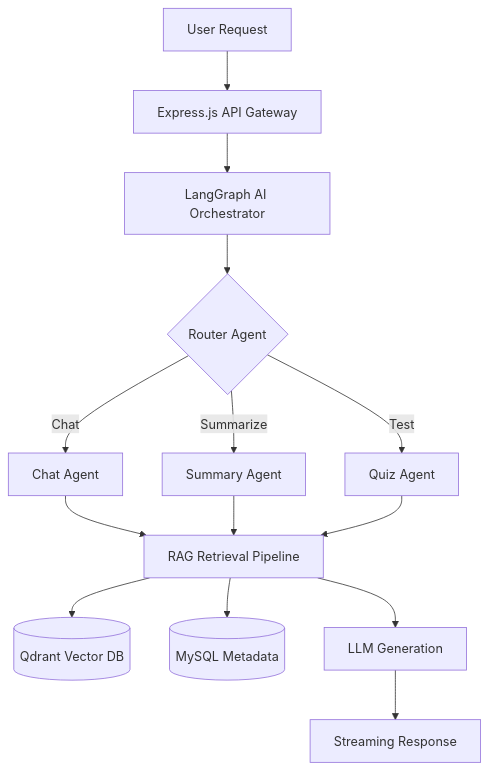
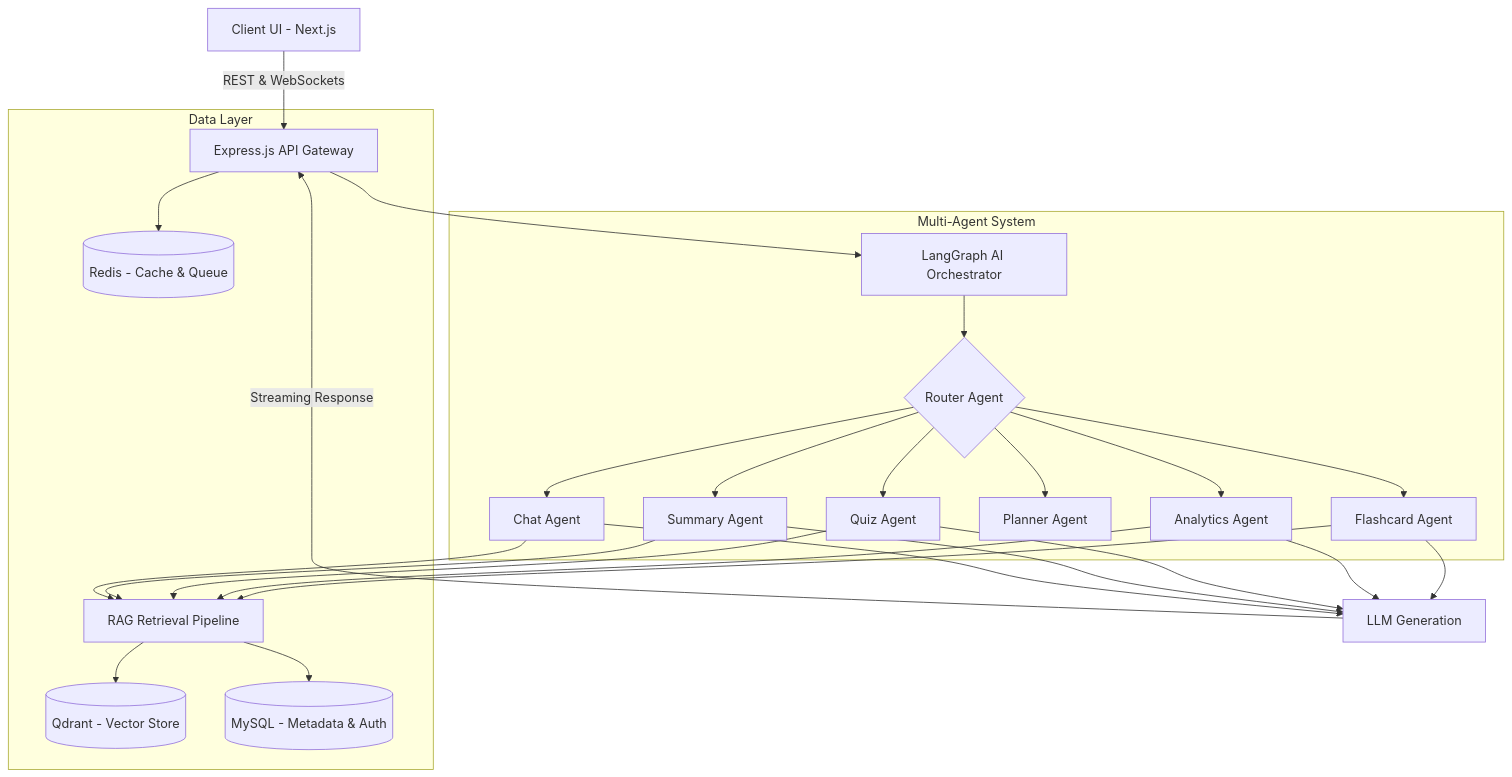
The first of 5 diagrams in README.md (prudhvi-1618/AI-Study-Assistant), drawn with Mermaid before and after one commit. The commit also changed other lines of this file and 7 other files, not shown here.

````diff
--- a/README.md
+++ b/README.md
@@ -68,16 +130,25 @@
 ```mermaid
 graph TD;
-    A[User Request] --> B[Express.js API Gateway]
+    A[Client UI - Next.js] -->|REST & WebSockets| B[Express.js API Gateway]
     B --> C[LangGraph AI Orchestrator]
+    
+    subgraph MultiAgent["Multi-Agent System"]
     C --> D{Router Agent}
-    D -->|Chat| E[Chat Agent]
-    D -->|Summarize| F[Summary Agent]
-    D -->|Test| G[Quiz Agent]
-    E --> H[RAG Retrieval Pipeline]
-    F --> H
-    G --> H
-    H --> I[(Qdrant Vector DB)]
-    H --> J[(MySQL Metadata)]
-    H --> K[LLM Generation]
-    K --> L[Streaming Response]
+    D --> E[Chat Agent]
+    D --> F[Summary Agent]
+    D --> G[Quiz Agent]
+    D --> H[Planner Agent]
+    D --> I[Analytics Agent]
+    D --> J[Flashcard Agent]
+    end
+    
+    subgraph DataLayer["Data Layer"]
+    E & F & G & I & J --> K[RAG Retrieval Pipeline]
+    K --> L[(Qdrant - Vector Store)]
+    K --> M[(MySQL - Metadata & Auth)]
+    B --> N[(Redis - Cache & Queue)]
+    end
+    
+    E & F & G & I & J --> O[LLM Generation]
+    O -->|Streaming Response| B
 ```
````
